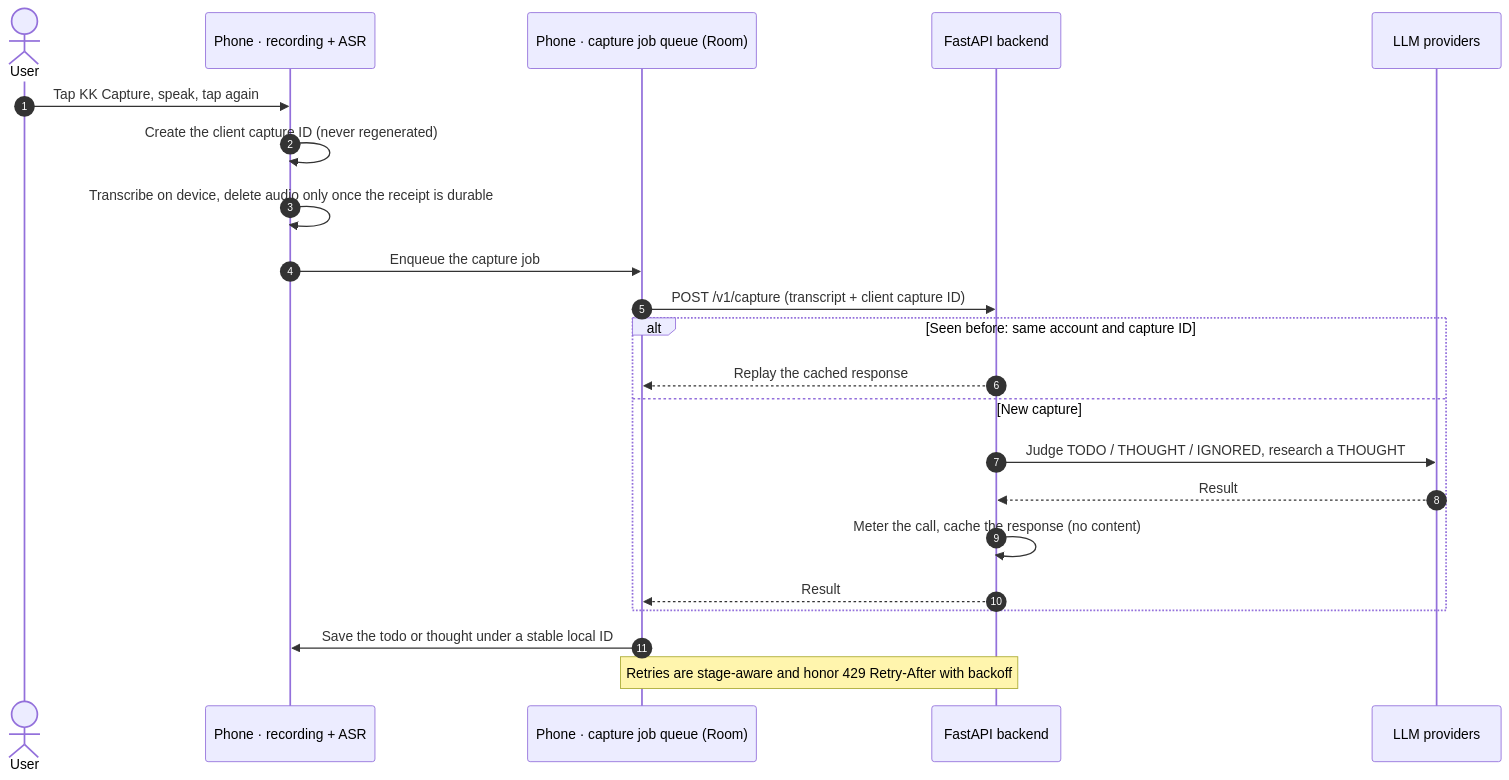
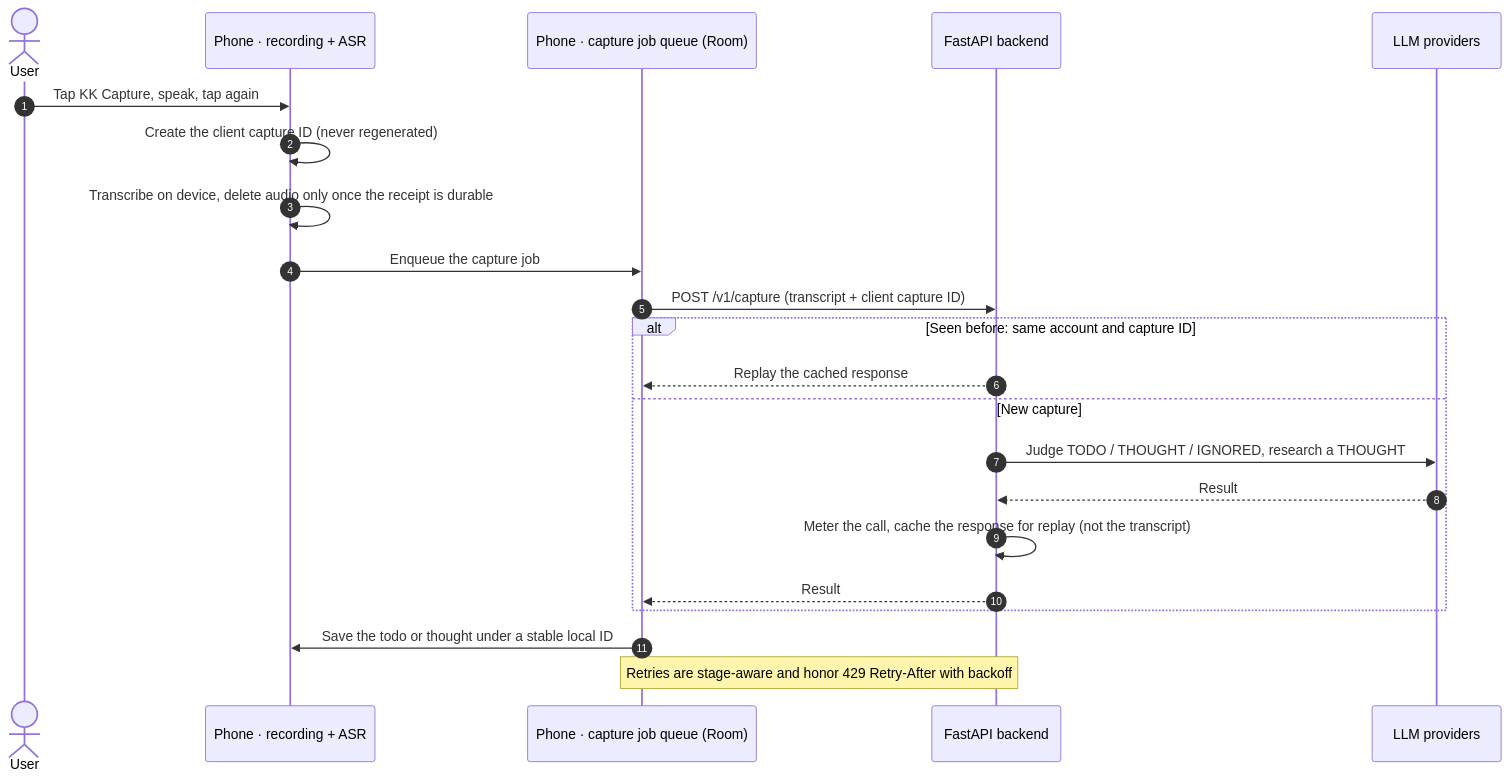
One commit to YigeWang1221/personal_portfolio changed the diagram in content/projects/kk-knock/assets/capture-flow.mmd. Above: the diagram before and after it, drawn with Mermaid. The commit also changed 87 other files, not shown here.

```diff
--- a/content/projects/kk-knock/assets/capture-flow.mmd
+++ b/content/projects/kk-knock/assets/capture-flow.mmd
@@ -1,23 +1,23 @@
 %% CURRENT — the capture pipeline as implemented across phone and backend (near-exactly-once delivery).
 sequenceDiagram
   autonumber
   actor U as User
   participant P as Phone · recording + ASR
   participant Q as Phone · capture job queue (Room)
   participant B as FastAPI backend
   participant L as LLM providers
   U->>P: Tap KK Capture, speak, tap again
   P->>P: Create the client capture ID (never regenerated)
   P->>P: Transcribe on device, delete audio only once the receipt is durable
   P->>Q: Enqueue the capture job
   Q->>B: POST /v1/capture (transcript + client capture ID)
   alt Seen before: same account and capture ID
     B-->>Q: Replay the cached response
   else New capture
     B->>L: Judge TODO / THOUGHT / IGNORED, research a THOUGHT
     L-->>B: Result
-    B->>B: Meter the call, cache the response (no content)
+    B->>B: Meter the call, cache the response for replay (not the transcript)
     B-->>Q: Result
   end
   Q->>P: Save the todo or thought under a stable local ID
   Note over Q,B: Retries are stage-aware and honor 429 Retry-After with backoff
```
